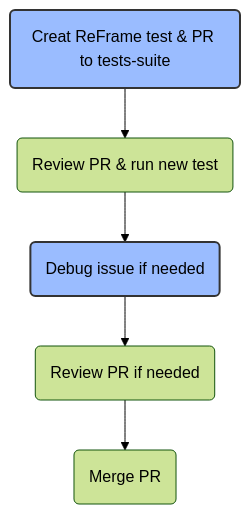
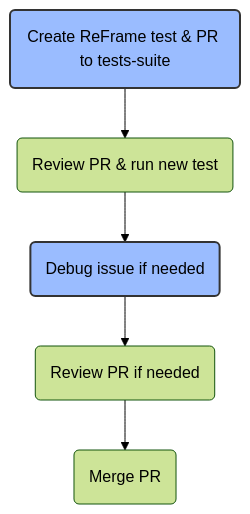
Before and after one commit to EESSI/docs: the second of 2 diagrams in docs/adding_software/overview.md, drawn with Mermaid.

Commit message:
creat -> create

```diff
--- a/docs/adding_software/overview.md
+++ b/docs/adding_software/overview.md
@@ -33,11 +33,11 @@
 <pre class="mermaid">
 %%{init: { 'theme':'forest', 'sequence': {'useMaxWidth':false} } }%%
 flowchart TB
 
-    Z(Creat ReFrame test & PR to tests-suite) --> Y(Review PR & run new test)
+    Z(Create ReFrame test & PR to tests-suite) --> Y(Review PR & run new test)
     Y --> W(Debug issue if needed) 
     W --> V(Review PR if needed)
     V --> U(Merge PR)
      classDef blue fill:#9abcff,stroke:#333,stroke-width:2px;
      class Z,W blue
 </pre>
```
